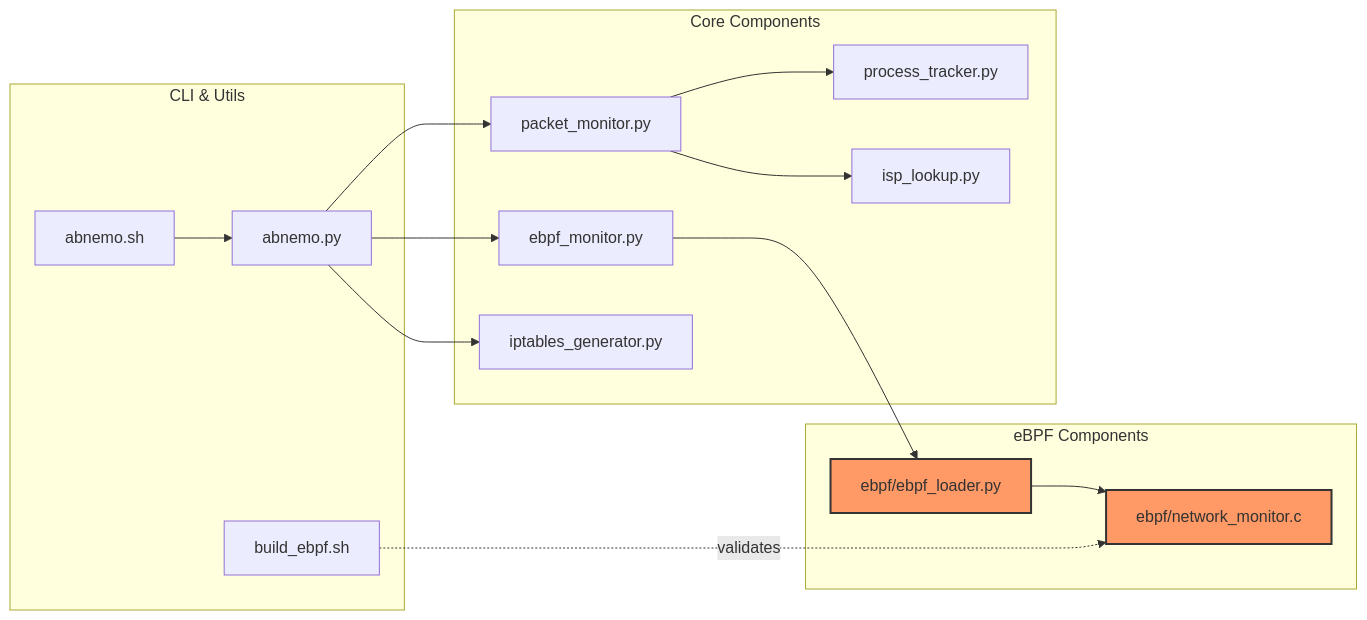
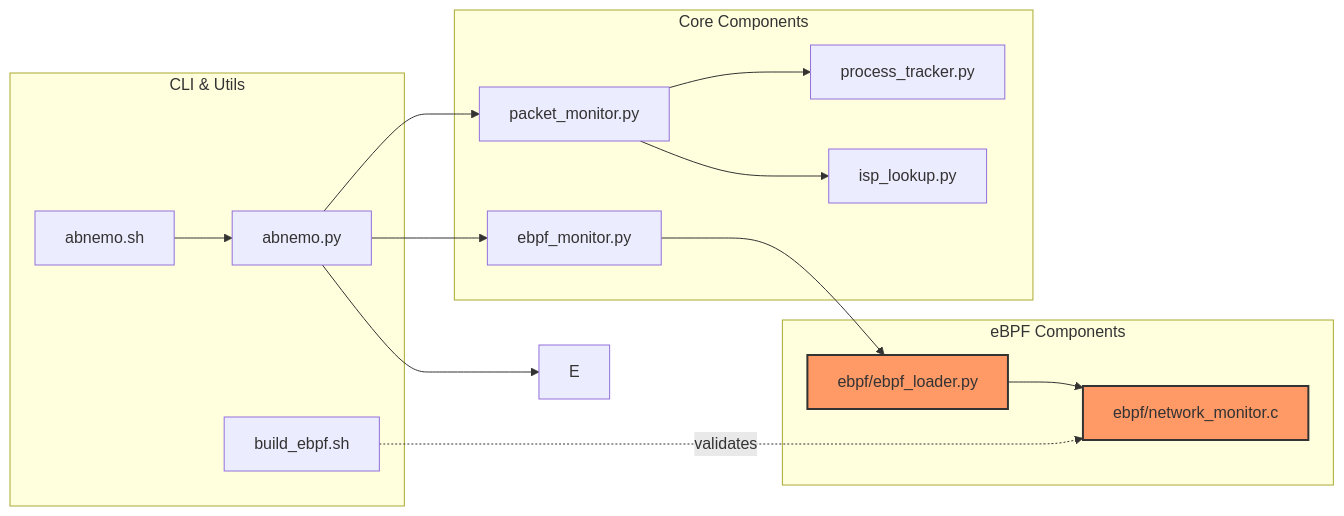
One commit to abstratium-dev/abnemo changed the second of 17 diagrams in docs/DESIGN.md. Above: the diagram before and after it, drawn with Mermaid. The commit also changed 44 other files, not shown here.

````diff
--- a/docs/DESIGN.md
+++ b/docs/DESIGN.md
@@ -74,34 +74,33 @@
 ```mermaid
 graph LR
     subgraph "Core Components"
         A[packet_monitor.py]
         B[ebpf_monitor.py]
         C[process_tracker.py]
         D[isp_lookup.py]
-        E[iptables_generator.py]
     end
     
     subgraph "eBPF Components"
         F[ebpf/network_monitor.c]
         G[ebpf/ebpf_loader.py]
     end
     
     subgraph "CLI & Utils"
         H[abnemo.py]
         I[abnemo.sh]
         J[build_ebpf.sh]
     end
     
     H --> A
     H --> B
     H --> E
     B --> G
     G --> F
     A --> C
     A --> D
     I --> H
     J -.validates.-> F
     
     style F fill:#f96,stroke:#333,stroke-width:2px
     style G fill:#f96,stroke:#333,stroke-width:2px
 ```
````
